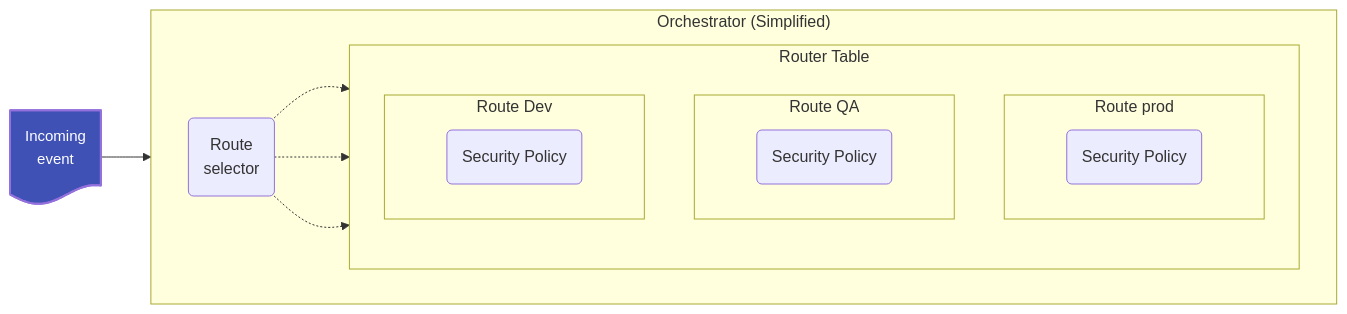
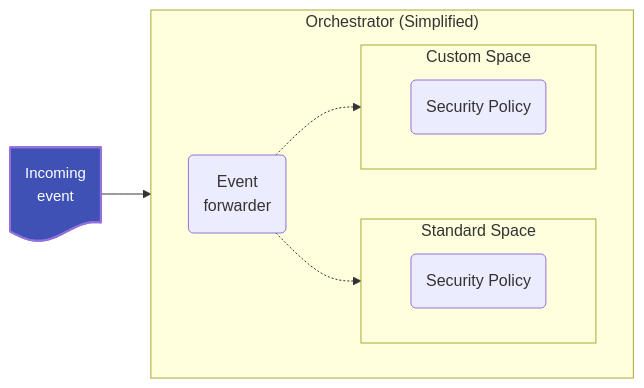
The first of 13 diagrams in docs/ref/modules/engine/README.md (wazuh/wazuh), drawn with Mermaid before and after one commit. The commit also changed other lines of this file, not shown here.

````diff
--- a/docs/ref/modules/engine/README.md
+++ b/docs/ref/modules/engine/README.md
@@ -10,48 +20,37 @@
 ```mermaid
 flowchart LR
 
 classDef EventBoxClass font-size: 15px,stroke-width:2px, color:#fff, fill:#3f51b5
 
 %% Router Table
-subgraph routerTable["Router Table"]
-  direction TB
+subgraph routeA["Standard Space"]
+ direction LR
+ policyA("Security Policy")
+end
 
-  routeC
-  routeB
-  routeA
+subgraph routeB["Custom Space"]
+ direction LR
+ policyB("Security Policy")
+end
 
-
-  subgraph routeA["Route prod"]
-   direction LR
-   policyA("Security Policy")
-  end
-
-  subgraph routeB["Route QA"]
-   direction LR
-   policyB("Security Policy")
-  end
-
-  subgraph routeC["Route Dev"]
-   direction LR
-   policyC("Security Policy")
-  end
-end
 
 %% Orchestrator
 subgraph orchestrator["Orchestrator (Simplified)"]
   direction LR
   %% Router Table
 
-  routeSelector("Route</br>selector")
-  routerTable
+  routeSelector("Event</br>forwarder")
+  routeA
+  routeB
 end
 
 
 %% Routes
 eventA@{ shape: doc, label: "Incoming</br>event" }
 eventA:::EventBoxClass
 eventA-->routeSelector
-routeSelector-.->policyA & policyB & policyC
+routeSelector-.->policyA & policyB
+
 
 
 ```
````
